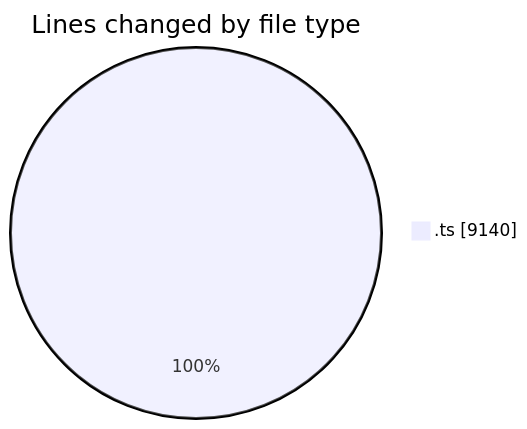
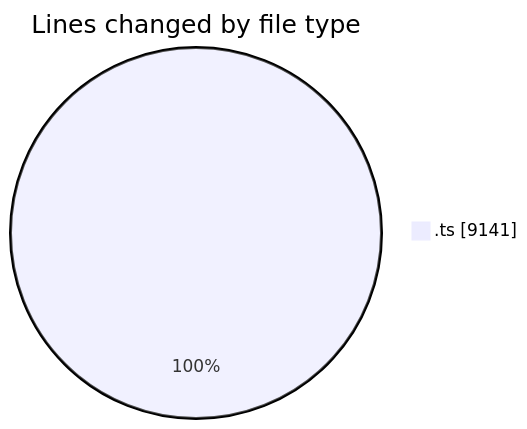
One commit to momahboobian/code-tracking changed the first of 2 diagrams in 2025-10-23/cda/README.md. Above: the diagram before and after it, drawn with Mermaid. The commit also changed other lines of this file and 1 other file, not shown here.

````diff
--- a/2025-10-23/cda/README.md
+++ b/2025-10-23/cda/README.md
@@ -26,5 +26,5 @@
 ```mermaid
 pie showData
 title Lines changed by file type
-".ts" : 9140
+".ts" : 9141
 ```
````
